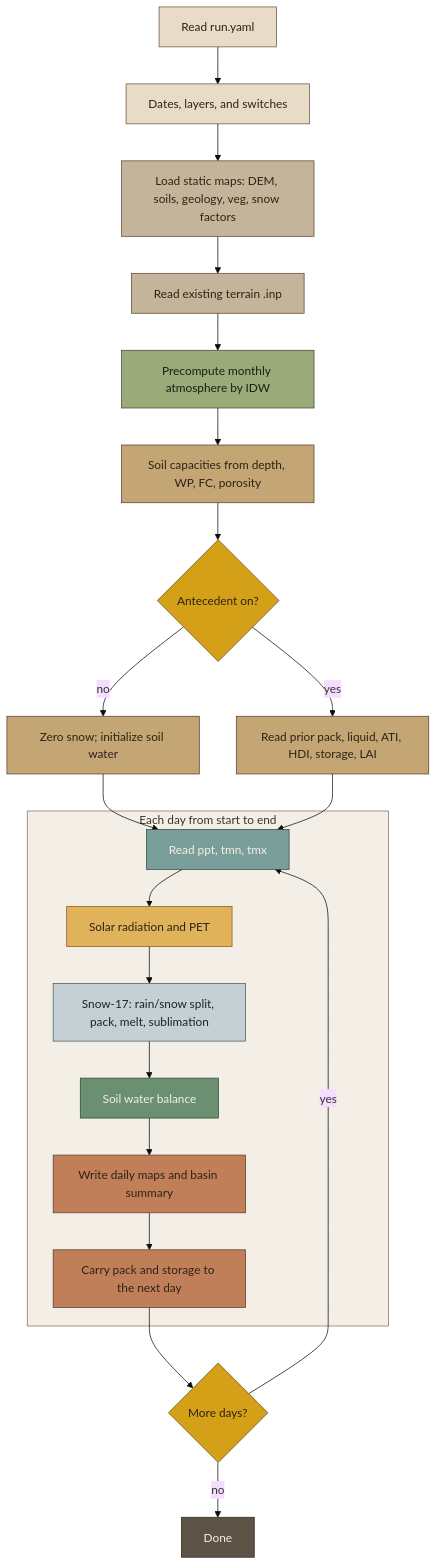
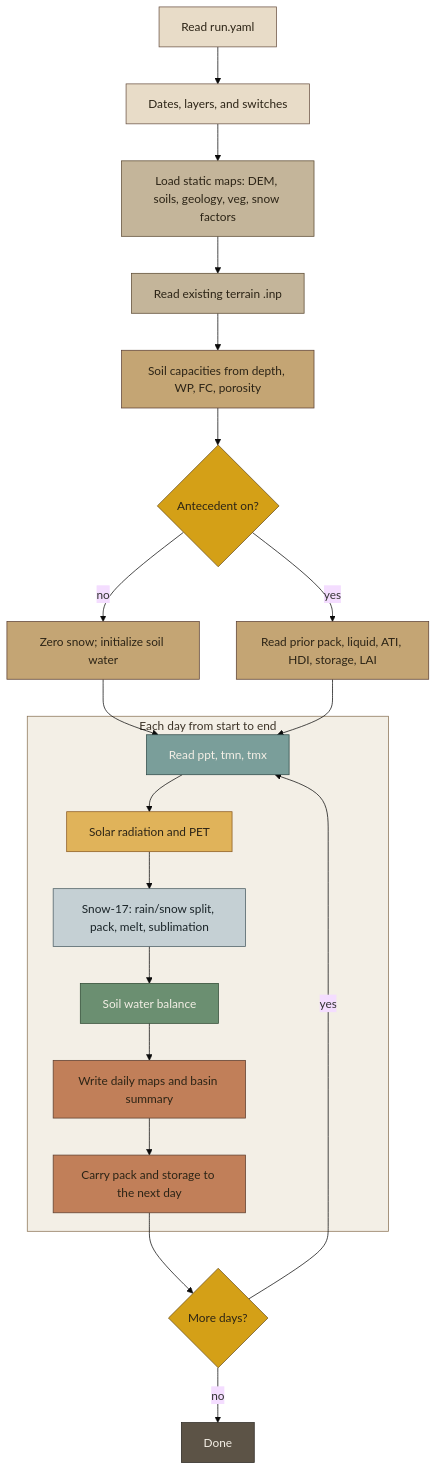
One commit to ajoros/bcm-py-daily changed the diagram in README.md. Above: the diagram before and after it, drawn with Mermaid (base theme). The commit also changed 2 other files, not shown here.

Commit message:
Remove the atmosphere IDW box from the README flowchart.
The station interpolation still runs. The diagram no longer lists it as its own step. compare_grids.py and show_inputs.py now find this package from their own folder instead of a hardcoded Dropbox path.

````diff
--- a/README.md
+++ b/README.md
@@ -131,50 +131,47 @@
 ```mermaid
 flowchart TD
   start[Read run.yaml] --> ctl[Dates, layers, and switches]
   ctl --> static[Load static maps: DEM, soils, geology, veg, snow factors]
   static --> terr[Read existing terrain .inp]
-  terr --> idw[Precompute monthly atmosphere by IDW]
-  idw --> soil[Soil capacities from depth, WP, FC, porosity]
+  terr --> soil[Soil capacities from depth, WP, FC, porosity]
   soil --> prior{Antecedent on?}
   prior -->|no| init[Zero snow; initialize soil water]
   prior -->|yes| load[Read prior pack, liquid, ATI, HDI, storage, LAI]
   init --> loop
   load --> loop
 
   subgraph daily [Each day from start to end]
     loop[Read ppt, tmn, tmx] --> pet[Solar radiation and PET]
     pet --> snow[Snow-17: rain/snow split, pack, melt, sublimation]
     snow --> wb[Soil water balance]
     wb --> out[Write daily maps and basin summary]
     out --> carry[Carry pack and storage to the next day]
   end
 
   carry --> more{More days?}
   more -->|yes| loop
   more -->|no| done[Done]
 
   classDef sand fill:#e8dcc8,stroke:#6b5344,color:#2c2416
   classDef rock fill:#c4b59a,stroke:#5c4a32,color:#2c2416
   classDef soil fill:#c4a574,stroke:#5c4033,color:#2c2416
-  classDef sage fill:#9aaa78,stroke:#3d4a32,color:#1a1f14
   classDef ochre fill:#d4a017,stroke:#6b4f1d,color:#2c2416
   classDef rain fill:#7a9e9a,stroke:#2f4a48,color:#f4efe6
   classDef sun fill:#e0b35a,stroke:#8a5a20,color:#2c2416
   classDef snowc fill:#c5d0d4,stroke:#4a5c62,color:#1a2428
   classDef moss fill:#6b8f71,stroke:#2f4a34,color:#f4efe6
   classDef clay fill:#c17f59,stroke:#5c3d2e,color:#2c2416
   classDef bark fill:#5c5346,stroke:#2c2822,color:#f4efe6
 
   class start,ctl sand
   class static,terr rock
-  class idw sage
   class soil,init,load soil
   class prior,more ochre
   class loop rain
   class pet sun
   class snow snowc
   class wb moss
   class out,carry clay
   class done bark
   style daily fill:#f3efe6,stroke:#8a7355,color:#3d3428
 ```
````
